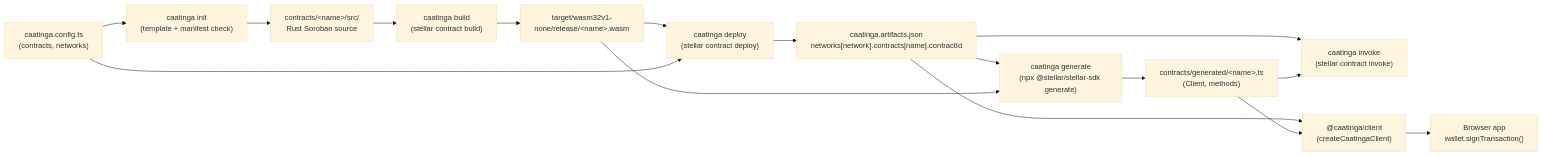
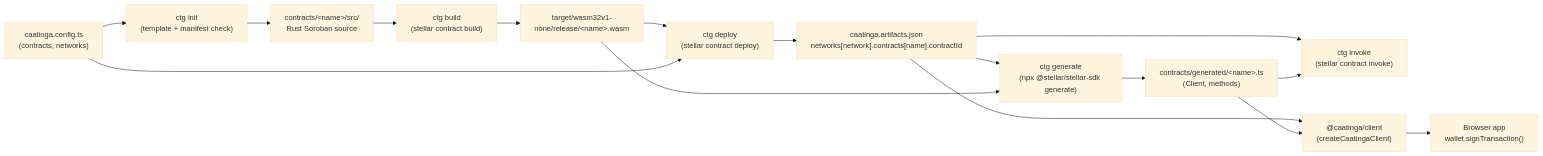
Before and after one commit to Dione-b/caatinga: the first of 2 diagrams in docs/architecture.md, drawn with Mermaid (base theme). The commit also changed other lines of this file and 142 other files, not shown here.

````diff
--- a/docs/architecture.md
+++ b/docs/architecture.md
@@ -83,37 +83,37 @@
 ```mermaid
 flowchart LR
   cfg["caatinga.config.ts<br/>(contracts, networks)"]
   src["contracts/&lt;name&gt;/src/<br/>Rust Soroban source"]
-  init["caatinga init<br/>(template + manifest check)"]
+  init["ctg init<br/>(template + manifest check)"]
 
-  build["caatinga build<br/>(stellar contract build)"]
+  build["ctg build<br/>(stellar contract build)"]
   wasm["target/wasm32v1-none/release/&lt;name&gt;.wasm"]
 
-  deploy["caatinga deploy<br/>(stellar contract deploy)"]
+  deploy["ctg deploy<br/>(stellar contract deploy)"]
   artifacts["caatinga.artifacts.json<br/>networks[network].contracts[name].contractId"]
 
-  generate["caatinga generate<br/>(npx @stellar/stellar-sdk generate)"]
+  generate["ctg generate<br/>(npx @stellar/stellar-sdk generate)"]
   bindings["contracts/generated/&lt;name&gt;.ts<br/>(Client, methods)"]
 
-  invoke["caatinga invoke<br/>(stellar contract invoke)"]
+  invoke["ctg invoke<br/>(stellar contract invoke)"]
 
   client["@caatinga/client<br/>(createCaatingaClient)"]
   browser["Browser app<br/>wallet.signTransaction()"]
 
   cfg --> init
   init --> src
   src --> build
   build --> wasm
   wasm --> deploy
   cfg --> deploy
   deploy --> artifacts
   artifacts --> generate
   wasm --> generate
   generate --> bindings
   artifacts --> invoke
   bindings --> invoke
 
   artifacts --> client
   bindings --> client
   client --> browser
 ```
````
